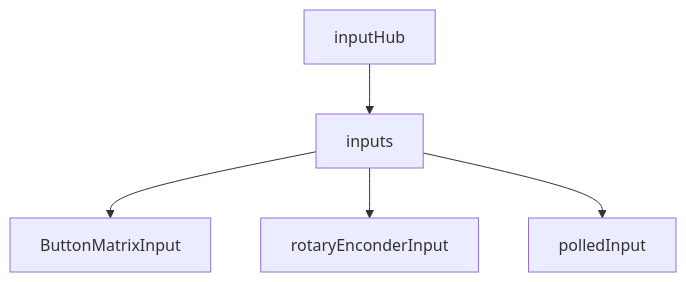
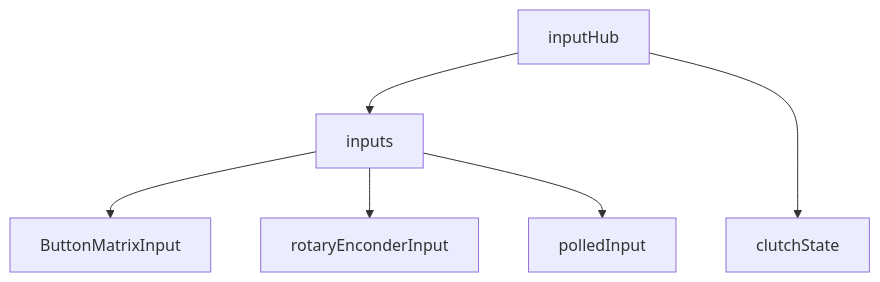
One commit to afpineda/OpenSourceSimWheelESP32 changed the second of 8 diagrams in src/QualityControls/IntegrationTests/README.md. Above: the diagram before and after it, drawn with Mermaid. The commit also changed other lines of this file and 10 other files, not shown here.

````diff
--- a/src/QualityControls/IntegrationTests/README.md
+++ b/src/QualityControls/IntegrationTests/README.md
@@ -24,7 +25,8 @@
 ```mermaid
 graph TD
     inputs --> ButtonMatrixInput
     inputs --> rotaryEnconderInput
     inputs --> polledInput
     inputHub --> inputs
+    inputHub ---> clutchState
 ```
````
